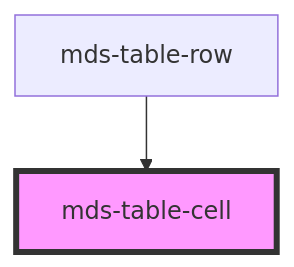
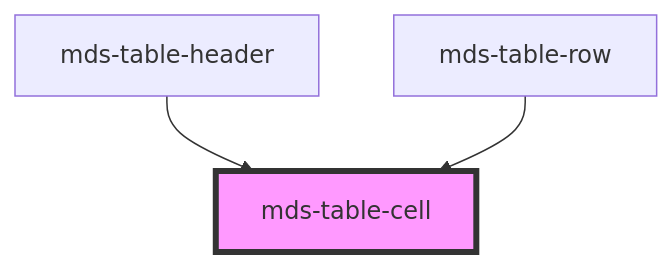
The diagram in projects/stencil/src/components/mds-table-cell/readme.md (magma-design-system/magma), drawn with Mermaid before and after one commit. The commit also changed other lines of this file and 26 other files, not shown here.

Commit message:
feat(mds-table): add row element selection

````diff
--- a/projects/stencil/src/components/mds-table-cell/readme.md
+++ b/projects/stencil/src/components/mds-table-cell/readme.md
@@ -42,5 +32,6 @@
 ```mermaid
 graph TD;
+  mds-table-header --> mds-table-cell
   mds-table-row --> mds-table-cell
   style mds-table-cell fill:#f9f,stroke:#333,stroke-width:4px
 ```
````
